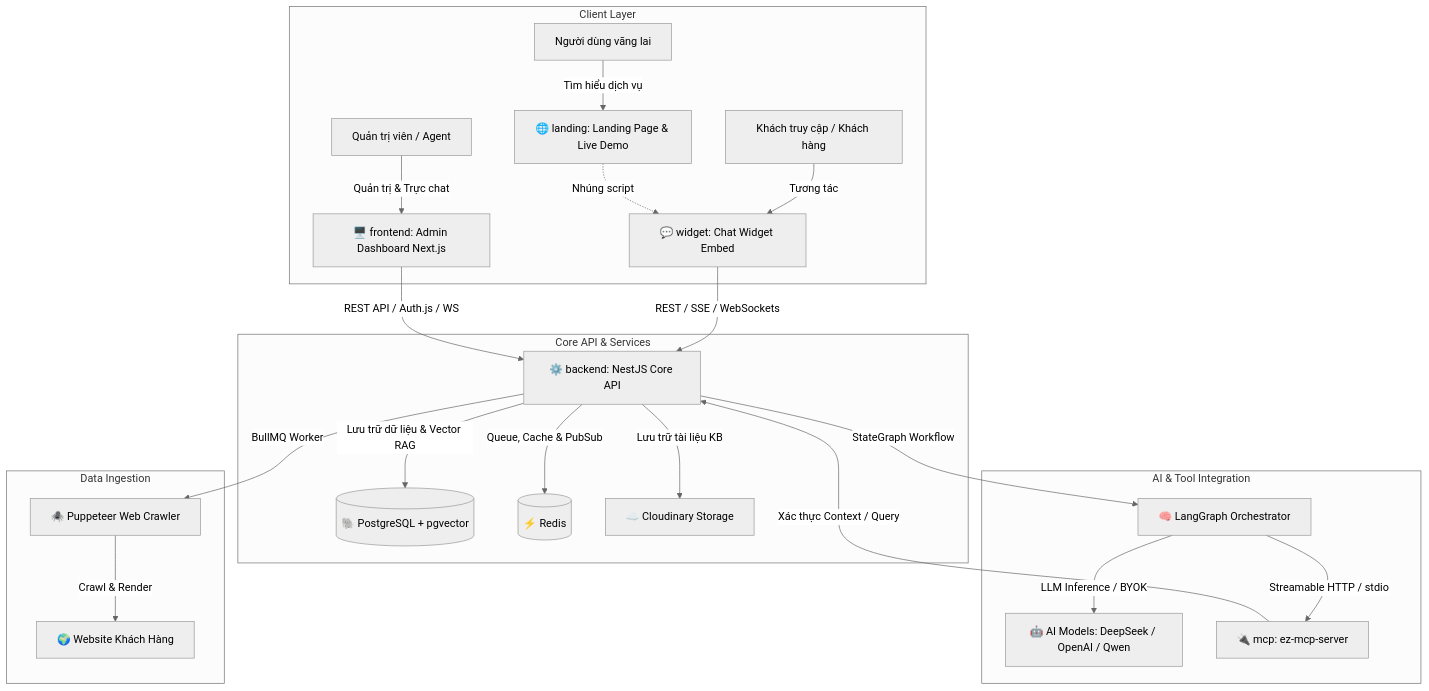
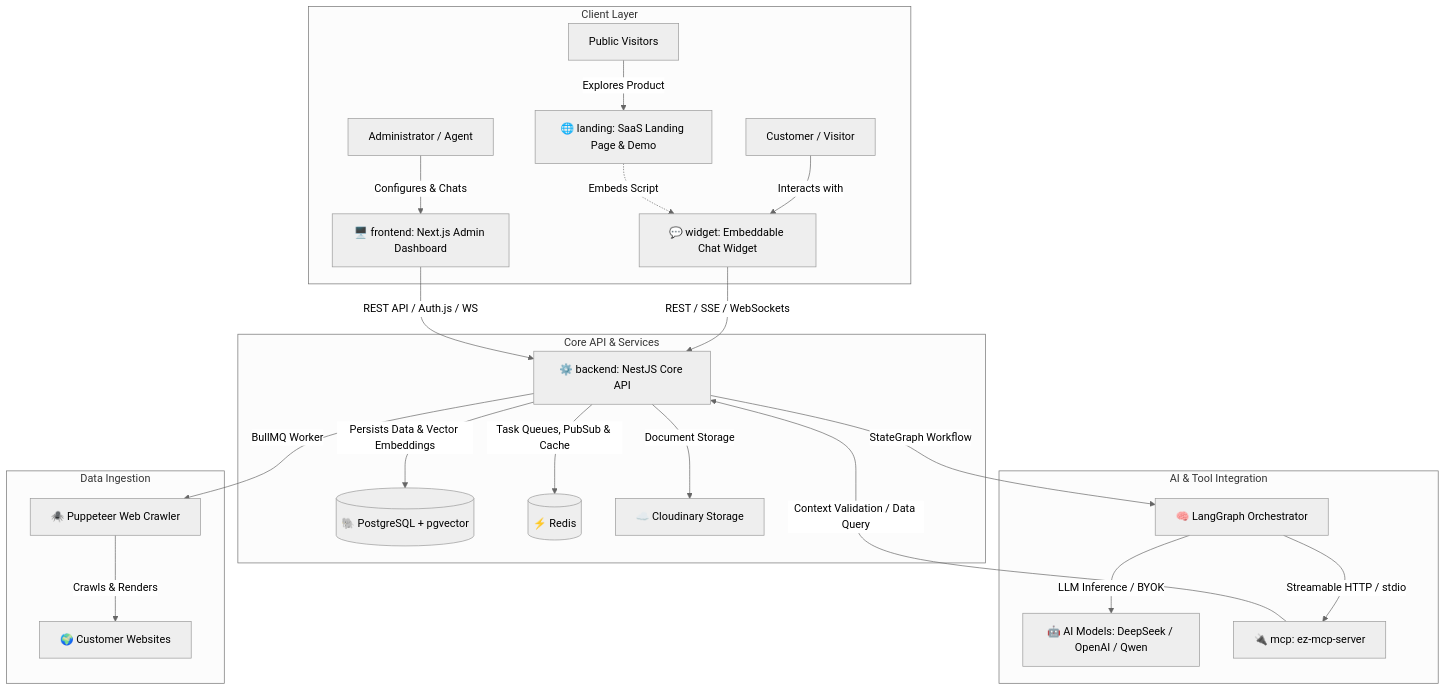
One commit to hieu170120/EZ-Chatbot changed the diagram in README.md. Above: the diagram before and after it, drawn with Mermaid (neutral theme). The commit also changed other lines of this file, not shown here.

````diff
--- a/README.md
+++ b/README.md
@@ -19,30 +19,30 @@
 ```mermaid
 graph TD
     subgraph Client Layer
-        Visitor[Khách truy cập / Khách hàng] -->|Tương tác| Widget[💬 widget: Chat Widget Embed]
-        Admin[Quản trị viên / Agent] -->|Quản trị & Trực chat| Frontend[🖥️ frontend: Admin Dashboard Next.js]
-        PublicUser[Người dùng vãng lai] -->|Tìm hiểu dịch vụ| Landing[🌐 landing: Landing Page & Live Demo]
+        Visitor[Customer / Visitor] -->|Interacts with| Widget[💬 widget: Embeddable Chat Widget]
+        Admin[Administrator / Agent] -->|Configures & Chats| Frontend[🖥️ frontend: Next.js Admin Dashboard]
+        PublicUser[Public Visitors] -->|Explores Product| Landing[🌐 landing: SaaS Landing Page & Demo]
     end
 
     subgraph Core API & Services
         Widget -->|REST / SSE / WebSockets| Backend[⚙️ backend: NestJS Core API]
         Frontend -->|REST API / Auth.js / WS| Backend
-        Landing -.->|Nhúng script| Widget
+        Landing -.->|Embeds Script| Widget
 
-        Backend -->|Lưu trữ dữ liệu & Vector RAG| DB[(🐘 PostgreSQL + pgvector)]
-        Backend -->|Queue, Cache & PubSub| Redis[(⚡ Redis)]
-        Backend -->|Lưu trữ tài liệu KB| Cloudinary[☁️ Cloudinary Storage]
+        Backend -->|Persists Data & Vector Embeddings| DB[(🐘 PostgreSQL + pgvector)]
+        Backend -->|Task Queues, PubSub & Cache| Redis[(⚡ Redis)]
+        Backend -->|Document Storage| Cloudinary[☁️ Cloudinary Storage]
     end
 
     subgraph AI & Tool Integration
         Backend -->|StateGraph Workflow| LangGraph[🧠 LangGraph Orchestrator]
         LangGraph -->|LLM Inference / BYOK| LLM[🤖 AI Models: DeepSeek / OpenAI / Qwen]
         LangGraph -->|Streamable HTTP / stdio| MCP[🔌 mcp: ez-mcp-server]
-        MCP -->|Xác thực Context / Query| Backend
+        MCP -->|Context Validation / Data Query| Backend
     end
 
     subgraph Data Ingestion
         Backend -->|BullMQ Worker| Crawler[🕷️ Puppeteer Web Crawler]
-        Crawler -->|Crawl & Render| ExternalWeb[🌍 Website Khách Hàng]
+        Crawler -->|Crawls & Renders| ExternalWeb[🌍 Customer Websites]
     end
 ```
````
